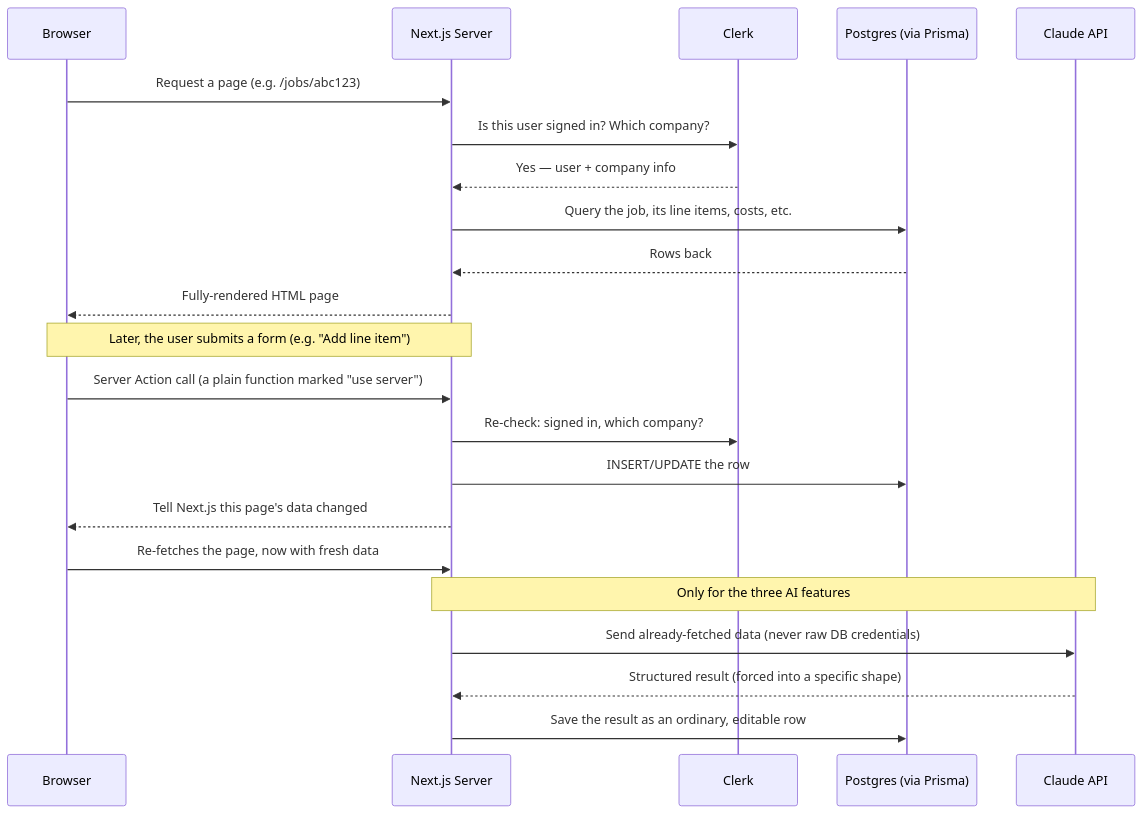
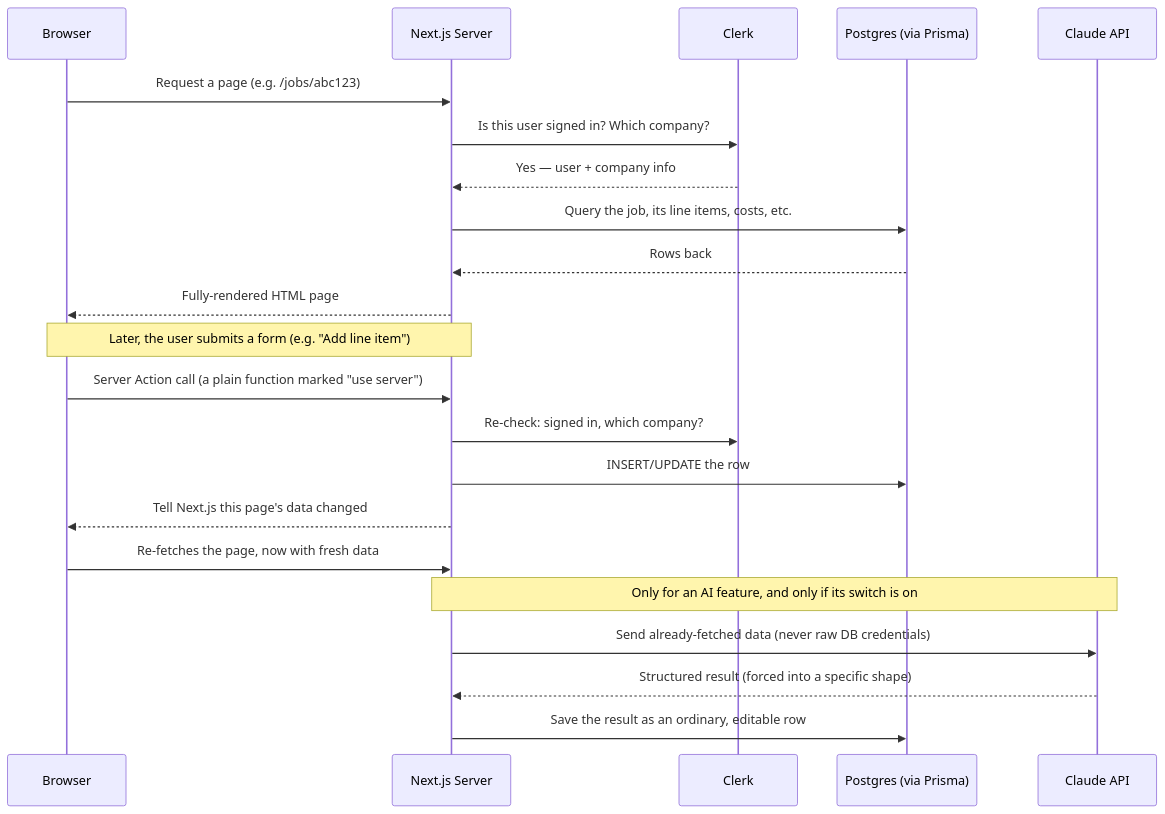
One commit to dkmobilewash/prova changed the diagram in ONBOARDING.md. Above: the diagram before and after it, drawn with Mermaid. The commit also changed other lines of this file and 2 other files, not shown here.

First line of the commit message:
Five shipped AI features had no row on the audit sheet, and a dead table was marked Built

````diff
--- a/ONBOARDING.md
+++ b/ONBOARDING.md
@@ -84,27 +100,27 @@
 ```mermaid
 sequenceDiagram
     participant B as Browser
     participant S as Next.js Server
     participant C as Clerk
     participant P as Postgres (via Prisma)
     participant AI as Claude API
 
     B->>S: Request a page (e.g. /jobs/abc123)
     S->>C: Is this user signed in? Which company?
     C-->>S: Yes — user + company info
     S->>P: Query the job, its line items, costs, etc.
     P-->>S: Rows back
     S-->>B: Fully-rendered HTML page
 
     Note over B,S: Later, the user submits a form (e.g. "Add line item")
     B->>S: Server Action call (a plain function marked "use server")
     S->>C: Re-check: signed in, which company?
     S->>P: INSERT/UPDATE the row
     S-->>B: Tell Next.js this page's data changed
     B->>S: Re-fetches the page, now with fresh data
 
-    Note over S,AI: Only for the three AI features
+    Note over S,AI: Only for an AI feature, and only if its switch is on
     S->>AI: Send already-fetched data (never raw DB credentials)
     AI-->>S: Structured result (forced into a specific shape)
     S->>P: Save the result as an ordinary, editable row
 ```
````
